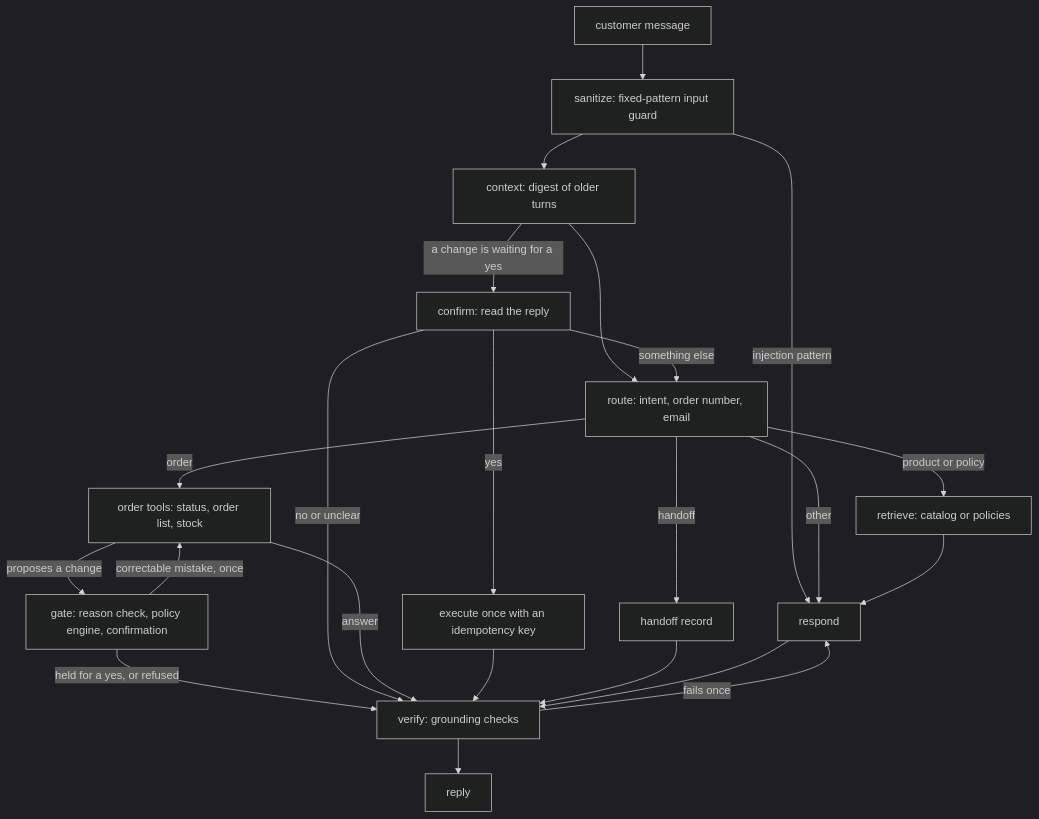
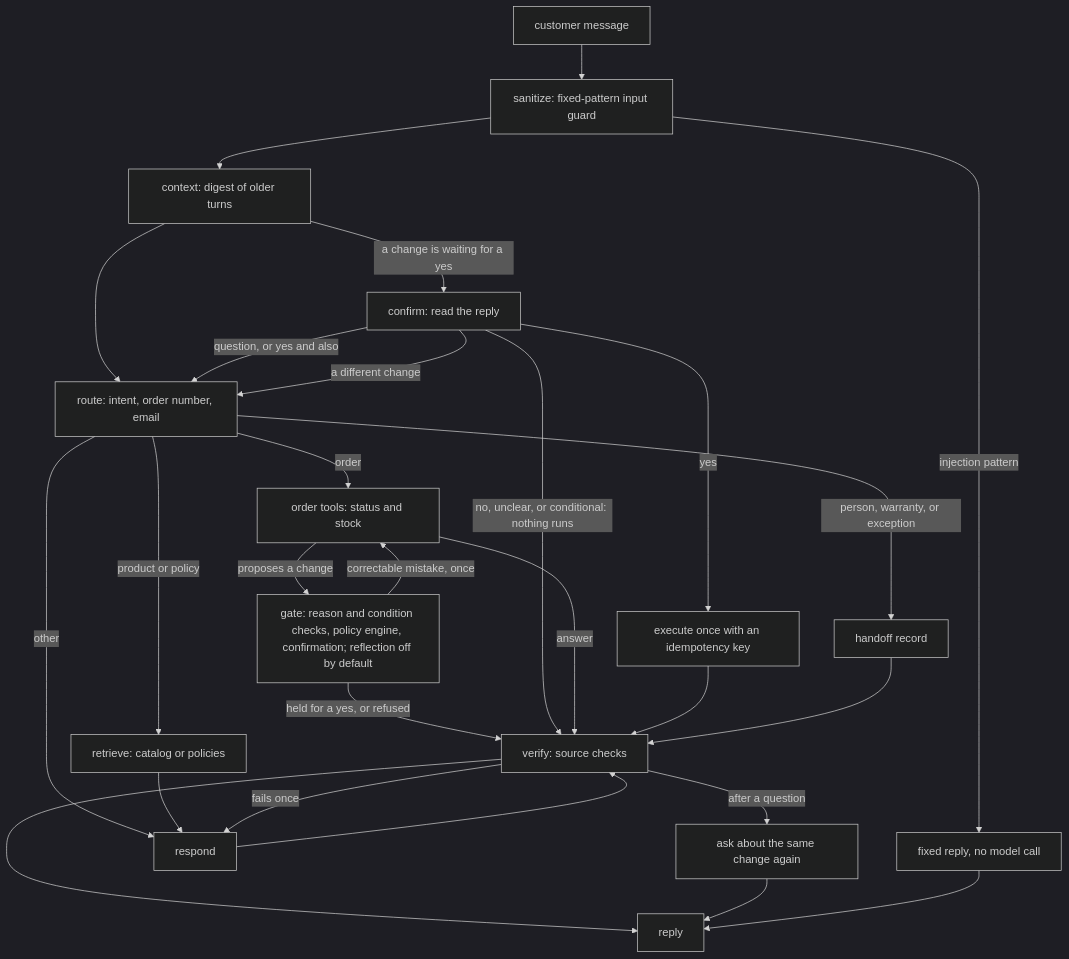
One commit to akallam04/shopify-support-agent changed the diagram in README.md. Above: the diagram before and after it, drawn with Mermaid (dark theme). The commit also changed other lines of this file and 19 other files, not shown here.

````diff
--- a/README.md
+++ b/README.md
@@ -25,25 +48,29 @@
 ```mermaid
 flowchart TD
     U[customer message] --> SAN[sanitize: fixed-pattern input guard]
-    SAN -->|injection pattern| RESP[respond]
+    SAN -->|injection pattern| FIXED[fixed reply, no model call]
     SAN --> CTX[context: digest of older turns]
     CTX -->|a change is waiting for a yes| CONF[confirm: read the reply]
     CTX --> ROUTE[route: intent, order number, email]
     ROUTE -->|product or policy| RET[retrieve: catalog or policies]
-    ROUTE -->|order| TOOLS[order tools: status, order list, stock]
-    ROUTE -->|handoff| HAND[handoff record]
-    ROUTE -->|other| RESP
+    ROUTE -->|order| TOOLS[order tools: status and stock]
+    ROUTE -->|person, warranty, or exception| HAND[handoff record]
+    ROUTE -->|other| RESP[respond]
     RET --> RESP
-    TOOLS -->|proposes a change| GATE[gate: reason check, policy engine, confirmation]
+    TOOLS -->|proposes a change| GATE[gate: reason and condition checks, policy engine, confirmation; reflection off by default]
     GATE -->|correctable mistake, once| TOOLS
     GATE -->|held for a yes, or refused| VER
     CONF -->|yes| EXEC[execute once with an idempotency key]
-    CONF -->|something else| ROUTE
-    CONF -->|no or unclear| VER
-    TOOLS -->|answer| VER[verify: grounding checks]
+    CONF -->|question, or yes and also| ROUTE
+    CONF -->|a different change| ROUTE
+    CONF -->|no, unclear, or conditional: nothing runs| VER
+    TOOLS -->|answer| VER[verify: source checks]
     EXEC --> VER
     HAND --> VER
     RESP --> VER
     VER -->|fails once| RESP
+    VER -->|after a question| RECONF[ask about the same change again]
     VER --> OUT[reply]
+    RECONF --> OUT
+    FIXED --> OUT
 ```
````
